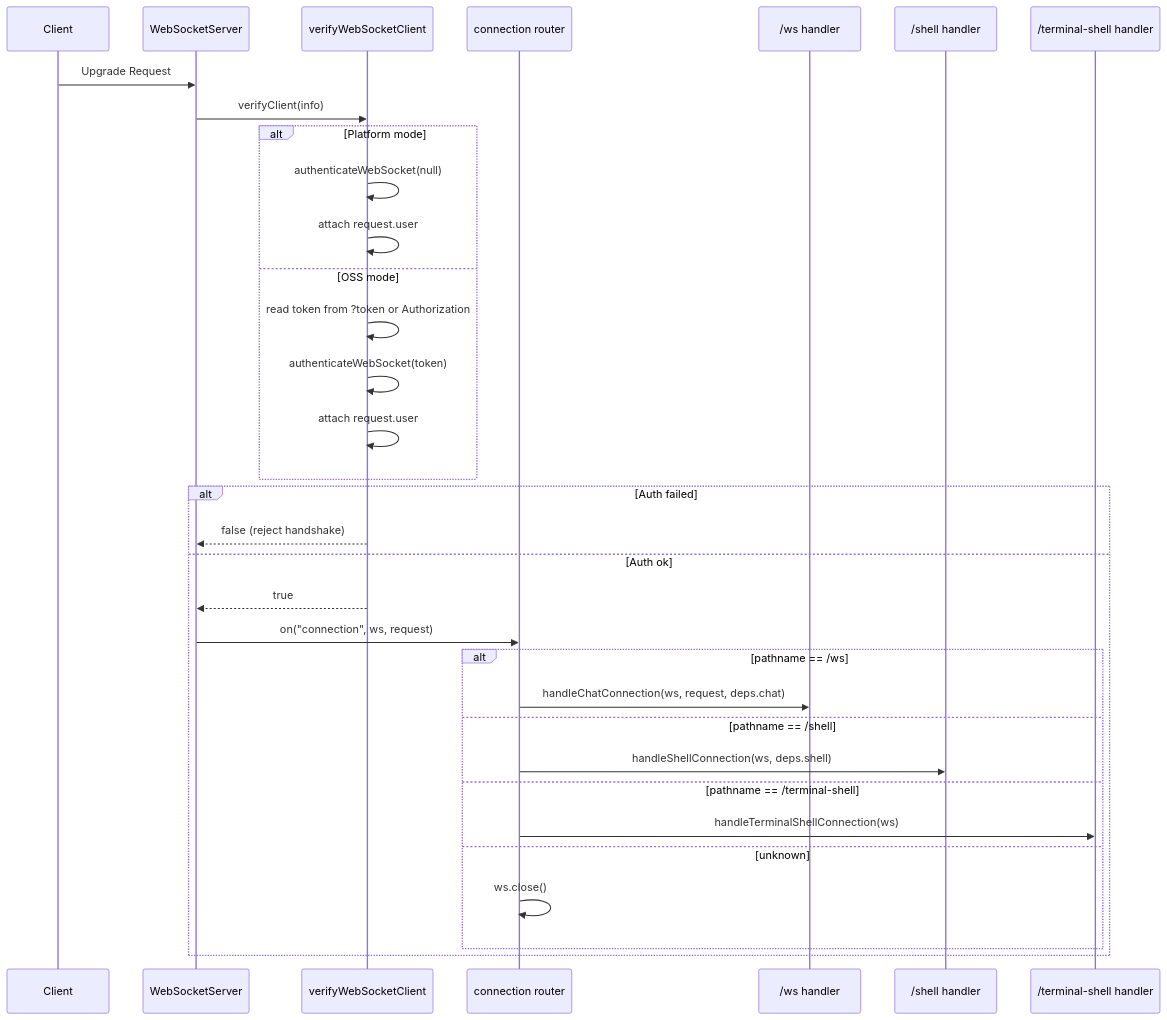
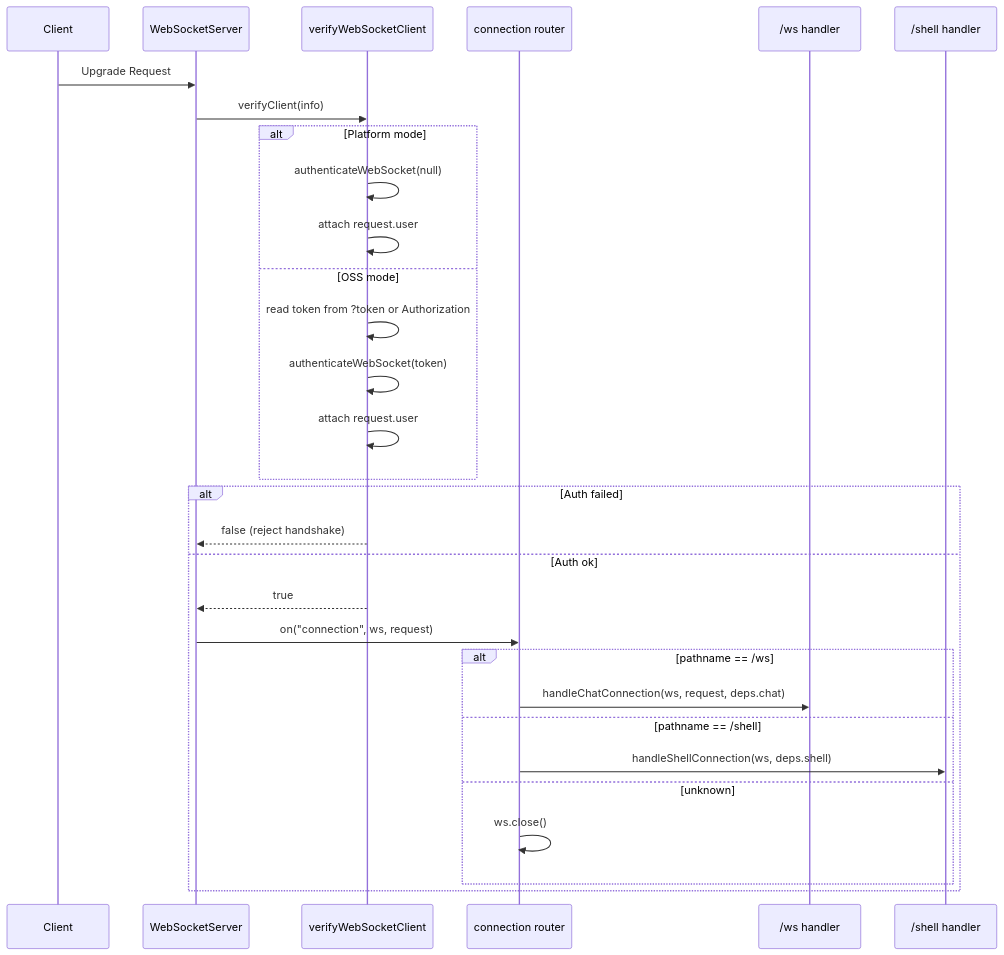
The second of 4 diagrams in server/modules/websocket/README.md (percy2017/OpenCLI), drawn with Mermaid before and after one commit. The commit also changed other lines of this file and 191 other files, not shown here.

````diff
--- a/server/modules/websocket/README.md
+++ b/server/modules/websocket/README.md
@@ -64,37 +62,34 @@
 ```mermaid
 sequenceDiagram
   participant Client
   participant WSS as WebSocketServer
   participant Auth as verifyWebSocketClient
   participant Router as connection router
   participant Chat as /ws handler
   participant Shell as /shell handler
-  participant Terminal as /terminal-shell handler
 
   Client->>WSS: Upgrade Request
   WSS->>Auth: verifyClient(info)
   alt Platform mode
     Auth->>Auth: authenticateWebSocket(null)
     Auth->>Auth: attach request.user
   else OSS mode
     Auth->>Auth: read token from ?token or Authorization
     Auth->>Auth: authenticateWebSocket(token)
     Auth->>Auth: attach request.user
   end
 
   alt Auth failed
     Auth-->>WSS: false (reject handshake)
   else Auth ok
     Auth-->>WSS: true
     WSS->>Router: on("connection", ws, request)
     alt pathname == /ws
       Router->>Chat: handleChatConnection(ws, request, deps.chat)
     else pathname == /shell
       Router->>Shell: handleShellConnection(ws, deps.shell)
-    else pathname == /terminal-shell
-      Router->>Terminal: handleTerminalShellConnection(ws)
     else unknown
       Router->>Router: ws.close()
     end
   end
 ```
````
